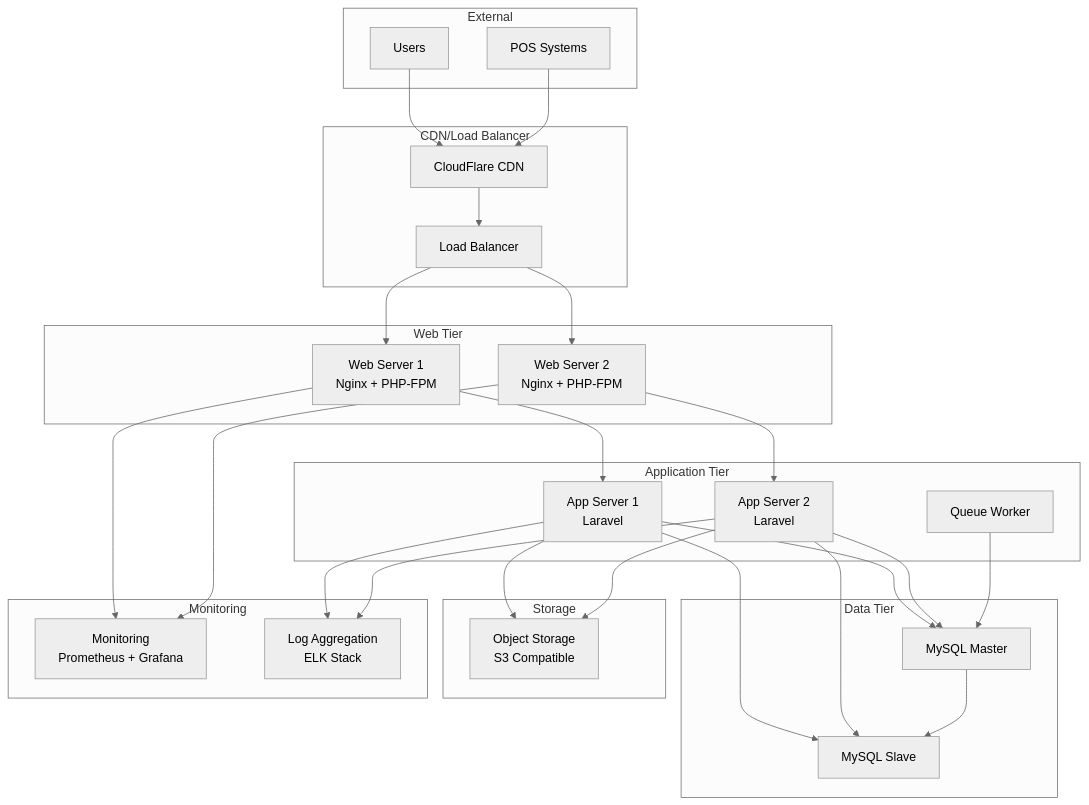
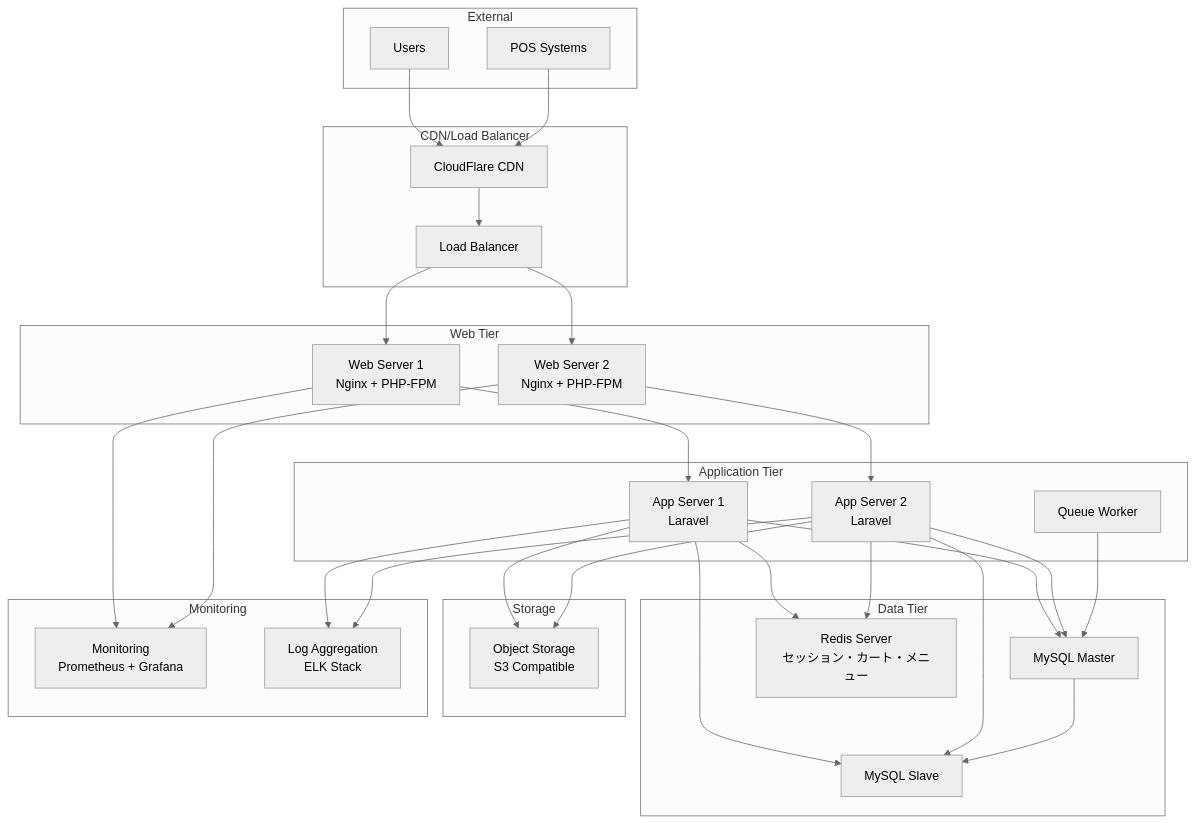
One commit to MEDIA-NETWORK-JAPAN/Mobile-Order changed the diagram in .claude/01_development_docs/12_infrastructure_deployment_design.md. Above: the diagram before and after it, drawn with Mermaid (neutral theme). The commit also changed other lines of this file and 17 other files, not shown here.

````diff
--- a/.claude/01_development_docs/12_infrastructure_deployment_design.md
+++ b/.claude/01_development_docs/12_infrastructure_deployment_design.md
@@ -180,62 +181,61 @@
 ```mermaid
 graph TB
     subgraph "External"
         U[Users]
         POS[POS Systems]
     end
     
     subgraph "CDN/Load Balancer"
         CDN[CloudFlare CDN]
         LB[Load Balancer]
     end
     
     subgraph "Web Tier"
         WEB1[Web Server 1<br/>Nginx + PHP-FPM]
         WEB2[Web Server 2<br/>Nginx + PHP-FPM]
     end
     
     subgraph "Application Tier"
         APP1[App Server 1<br/>Laravel]
         APP2[App Server 2<br/>Laravel]
         QUEUE[Queue Worker]
     end
     
     subgraph "Data Tier"
         DB_MASTER[MySQL Master]
         DB_SLAVE[MySQL Slave]
-        %% REDIS[Redis Cluster] - 使用しないためコメントアウト
+        REDIS[Redis Server<br/>セッション・カート・メニュー]
     end
     
     subgraph "Storage"
         S3[Object Storage<br/>S3 Compatible]
     end
     
     subgraph "Monitoring"
         MONITOR[Monitoring<br/>Prometheus + Grafana]
         LOG[Log Aggregation<br/>ELK Stack]
     end
     
     U --> CDN
     POS --> CDN
     CDN --> LB
     LB --> WEB1
     LB --> WEB2
     WEB1 --> APP1
     WEB2 --> APP2
     APP1 --> DB_MASTER
     APP2 --> DB_MASTER
     APP1 --> DB_SLAVE
     APP2 --> DB_SLAVE
-    %% APP1 --> REDIS - Redis使用しないためコメントアウト
-    %% APP2 --> REDIS - Redis使用しないためコメントアウト
+    APP1 --> REDIS
+    APP2 --> REDIS
     QUEUE --> DB_MASTER
-    %% QUEUE --> REDIS - Redis使用しないためコメントアウト
     APP1 --> S3
     APP2 --> S3
     DB_MASTER --> DB_SLAVE
     
     WEB1 --> MONITOR
     WEB2 --> MONITOR
     APP1 --> LOG
     APP2 --> LOG
 ```
````
